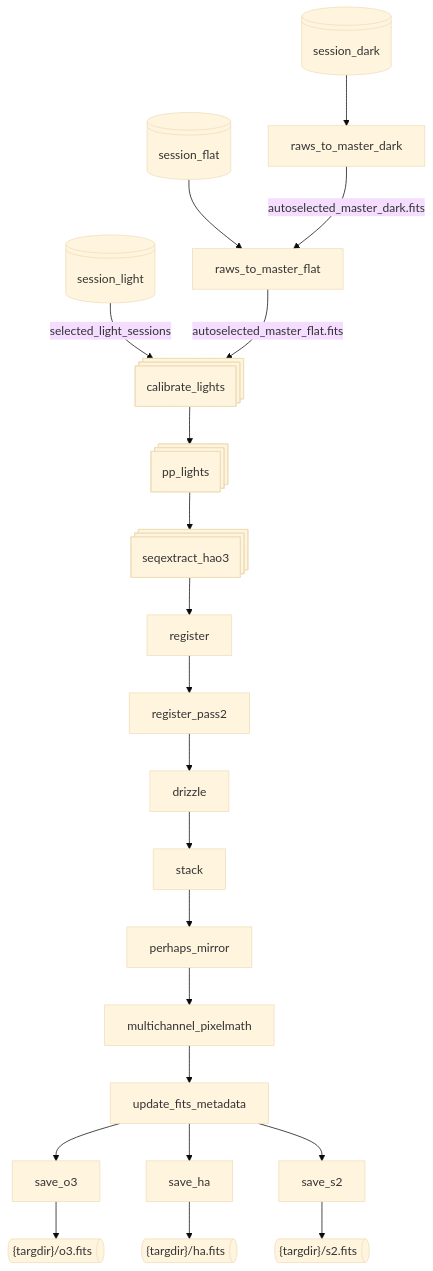
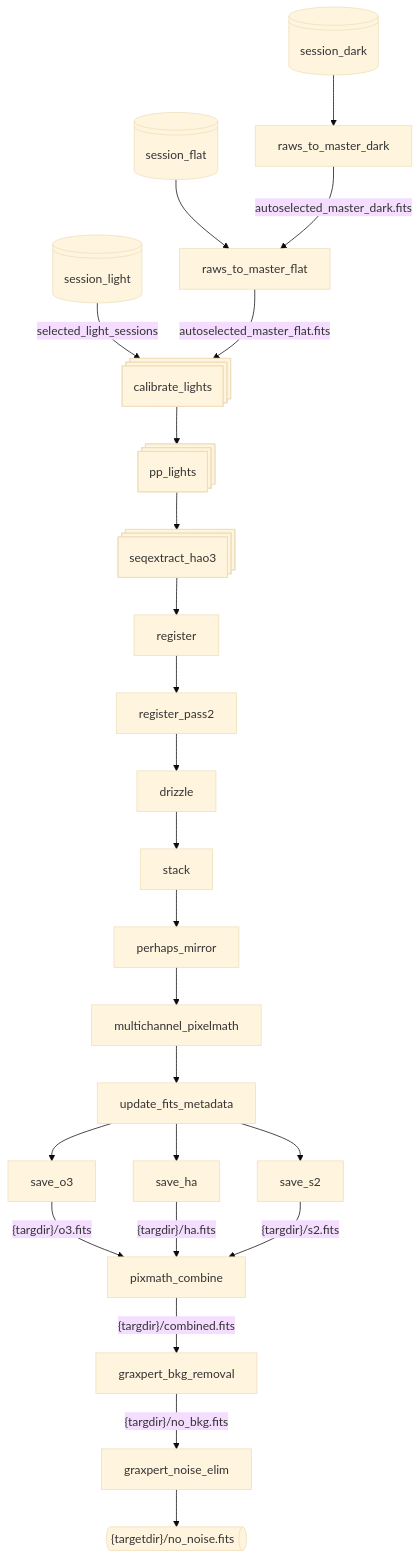
Before and after one commit to geeksville/starbash: the diagram in doc/doit.md, drawn with Mermaid (base theme). The commit also changed other lines of this file and 1 other file, not shown here.

````diff
--- a/doc/doit.md
+++ b/doc/doit.md
@@ -45,35 +83,39 @@
 ```mermaid
 %% to experiment with mermaid GUI go here:
 %% https://www.mermaidchart.com/play?utm_source=mermaid_live_editor&utm_medium=toggle#pako:eNpVjLEOgjAURX_lpZMO_QEGEynKQqIDW-3wUottlL6mNCGG8u-CLHrXc86dmKa7YQXrXjRqizFBW908LDtKYaMbUo-DAs4PuTYJevLmnaHc1QSDpRCcf-w3v1wlEFOzagaSdf45b0h8-4s3GSrZYEgU1C9pR8pwku5ql_t_YqNZqrPssOiQa4wgMCo2fwBnHTpc
 
 flowchart
     session_flat@{ shape: disk } --> raws_to_master_flat
     session_dark@{ shape: disk } --> raws_to_master_dark
     session_light@{ shape: disk } --> |selected_light_sessions| calibrate_lights
     raws_to_master_dark --> |autoselected_master_dark.fits|raws_to_master_flat
     raws_to_master_flat --> |autoselected_master_flat.fits| calibrate_lights
     calibrate_lights@{ shape: procs} --> pp_lights
     pp_lights@{ shape: procs} --> seqextract_hao3
     seqextract_hao3@{ shape: procs} --> register
 
     %% The following are done 1 to small-N times depending on ha/oiii/single/multi-channel-mono-camera
     %% called 'make_stacked' in current code
 
     register --> register_pass2
     register_pass2 --> drizzle
     drizzle --> stack
     stack --> perhaps_mirror
     perhaps_mirror --> multichannel_pixelmath
 
     %% the following is done zero to small-N as needed to combine results
     %% called make_renormalize in current code
 
     multichannel_pixelmath --> update_fits_metadata
     update_fits_metadata --> save_o3
     update_fits_metadata --> save_ha
     update_fits_metadata --> save_s2
 
-    save_o3 --> t1["{targdir}/o3.fits"]@{ shape: das}
-    save_ha --> t2["{targdir}/ha.fits"]@{ shape: das}
-    save_s2 --> t3["{targdir}/s2.fits"]@{ shape: das}
+    save_o3 --> |"{targdir}/o3.fits"|pixmath_combine
+    save_ha --> |"{targdir}/ha.fits"|pixmath_combine
+    save_s2 --> |"{targdir}/s2.fits"|pixmath_combine
+
+    pixmath_combine --> |"{targdir}/combined.fits"| graxpert_bkg_removal
+    graxpert_bkg_removal --> |"{targdir}/no_bkg.fits"|graxpert_noise_elim
+    graxpert_noise_elim --> g1["{targetdir}/no_noise.fits"]@{ shape: das}
 ```
````
